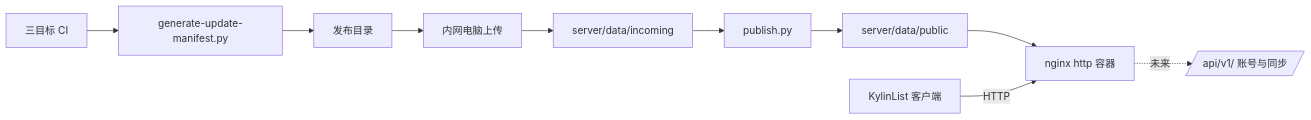
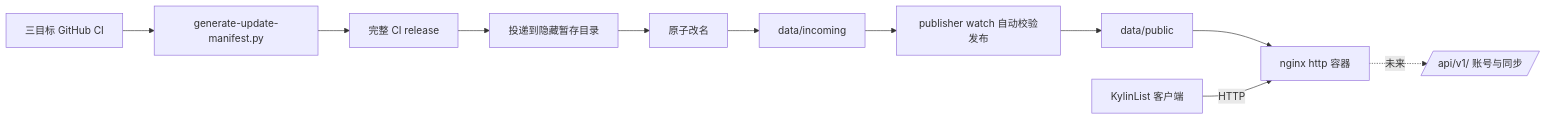
The diagram in docs/updates.md (hualiyexi/kylinnote), drawn with Mermaid before and after one commit. The commit also changed other lines of this file and 4 other files, not shown here.

````diff
--- a/docs/updates.md
+++ b/docs/updates.md
@@ -14,9 +14,9 @@
 ```mermaid
 flowchart LR
-    CI[三目标 CI] --> G[generate-update-manifest.py] --> R[发布目录]
-    R --> P[内网电脑上传] --> S[server/data/incoming]
-    S --> PUB[publish.py] --> F[server/data/public]
+    CI[三目标 GitHub CI] --> G[generate-update-manifest.py] --> R[完整 CI release]
+    R --> P[投递到隐藏暂存目录] --> M[原子改名] --> S[data/incoming]
+    S --> PUB[publisher watch 自动校验发布] --> F[data/public]
     F --> NG[nginx http 容器]
     K[KylinList 客户端] -->|HTTP| NG
     NG -. 未来 .-> API[/api/v1/ 账号与同步/]
 ```
````
